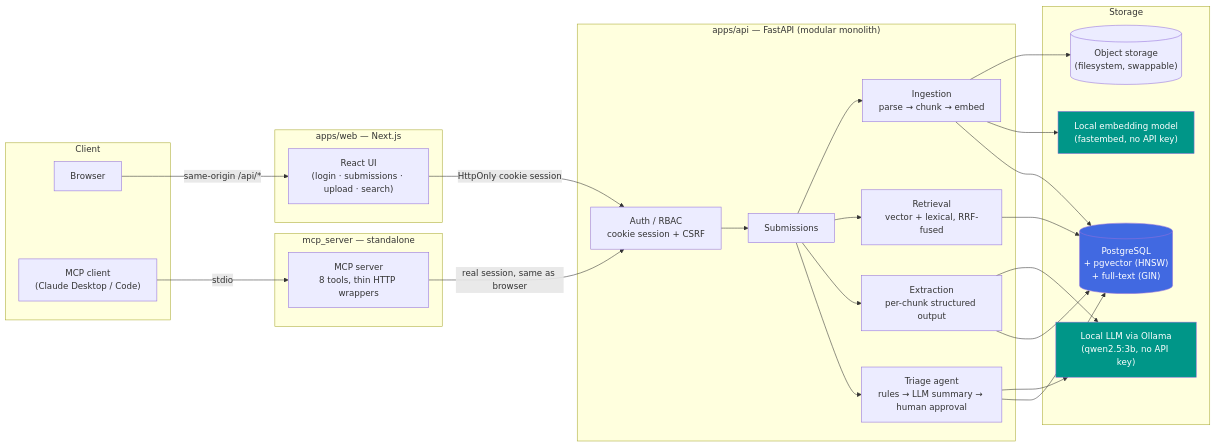
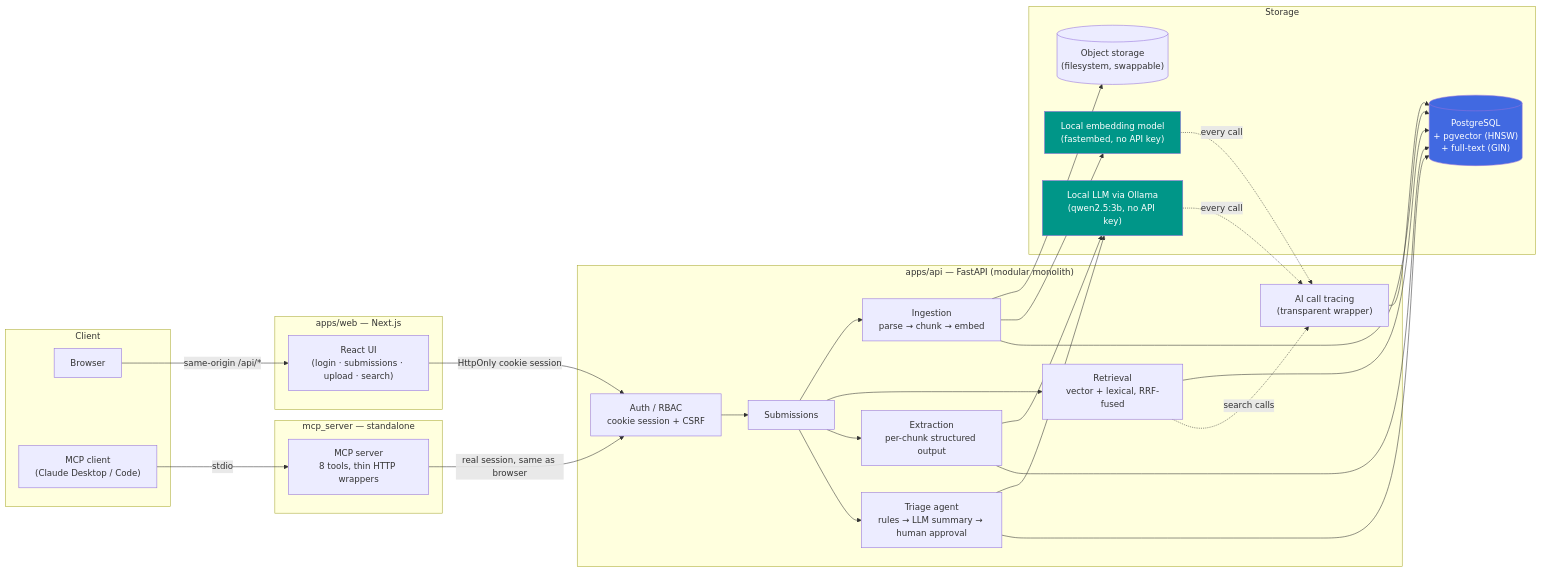
Before and after one commit to ngcd04-fa07/enterprise-agent-platform: the diagram in README.md, drawn with Mermaid. The commit also changed other lines of this file and 15 other files, not shown here.

````diff
--- a/README.md
+++ b/README.md
@@ -36,53 +36,58 @@
 ```mermaid
 flowchart LR
     subgraph Client
         Browser
         MCPClient["MCP client\n(Claude Desktop / Code)"]
     end
 
     subgraph "mcp_server — standalone"
         MCP["MCP server\n8 tools, thin HTTP wrappers"]
     end
 
     subgraph "apps/web — Next.js"
         UI["React UI\n(login · submissions · upload · search)"]
     end
 
     subgraph "apps/api — FastAPI (modular monolith)"
         Auth["Auth / RBAC\ncookie session + CSRF"]
         Sub["Submissions"]
         Ing["Ingestion\nparse → chunk → embed"]
         Ret["Retrieval\nvector + lexical, RRF-fused"]
         Ext["Extraction\nper-chunk structured output"]
         Agt["Triage agent\nrules → LLM summary → human approval"]
+        Obs["AI call tracing\n(transparent wrapper)"]
     end
 
     subgraph Storage
         PG[("PostgreSQL\n+ pgvector (HNSW)\n+ full-text (GIN)")]
         FS[("Object storage\n(filesystem, swappable)")]
         EMB["Local embedding model\n(fastembed, no API key)"]
         LLM["Local LLM via Ollama\n(qwen2.5:3b, no API key)"]
     end
 
     Browser -->|"same-origin /api/*"| UI
     UI -->|HttpOnly cookie session| Auth
     MCPClient -->|stdio| MCP
     MCP -->|"real session, same as browser"| Auth
     Auth --> Sub
     Sub --> Ing
     Ing --> FS
     Ing --> EMB
     Ing --> PG
     Sub --> Ret
     Ret --> PG
     Sub --> Ext
     Ext --> LLM
     Ext --> PG
     Sub --> Agt
     Agt --> LLM
     Agt --> PG
+    EMB -.->|every call| Obs
+    LLM -.->|every call| Obs
+    Ret -.->|search calls| Obs
+    Obs --> PG
 
     style PG fill:#4169E1,color:#fff
     style EMB fill:#009688,color:#fff
     style LLM fill:#009688,color:#fff
 ```
````
